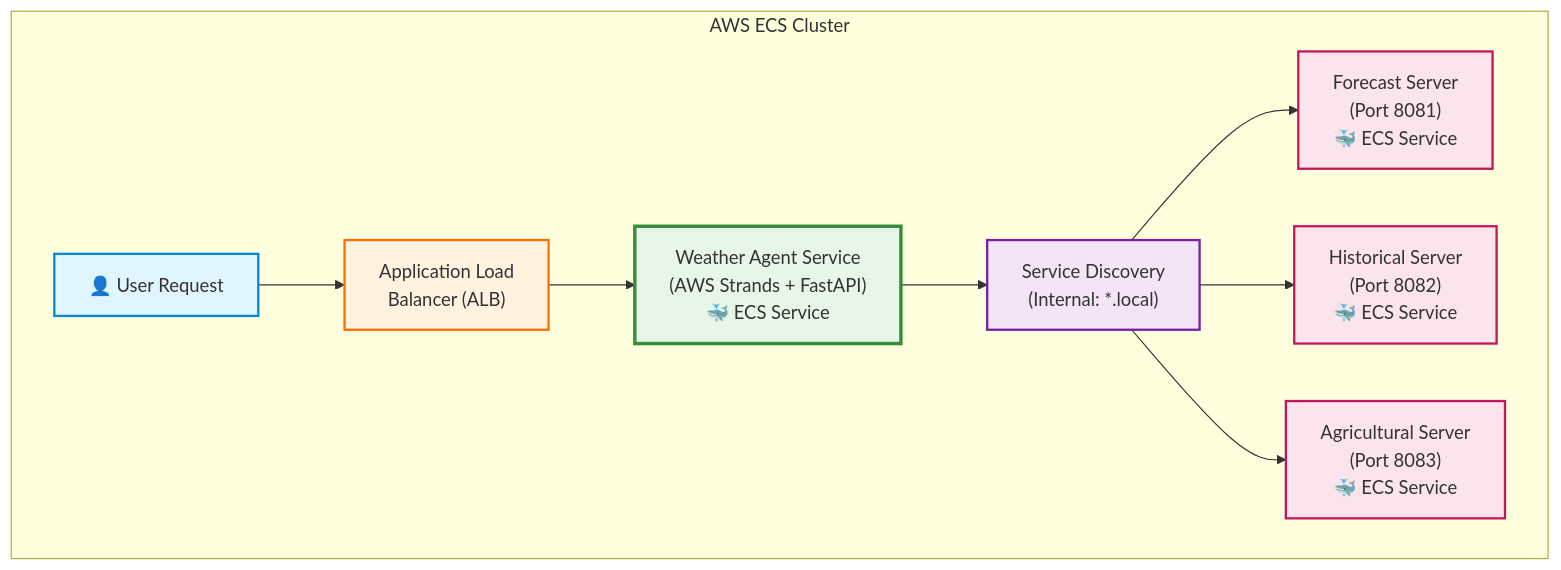
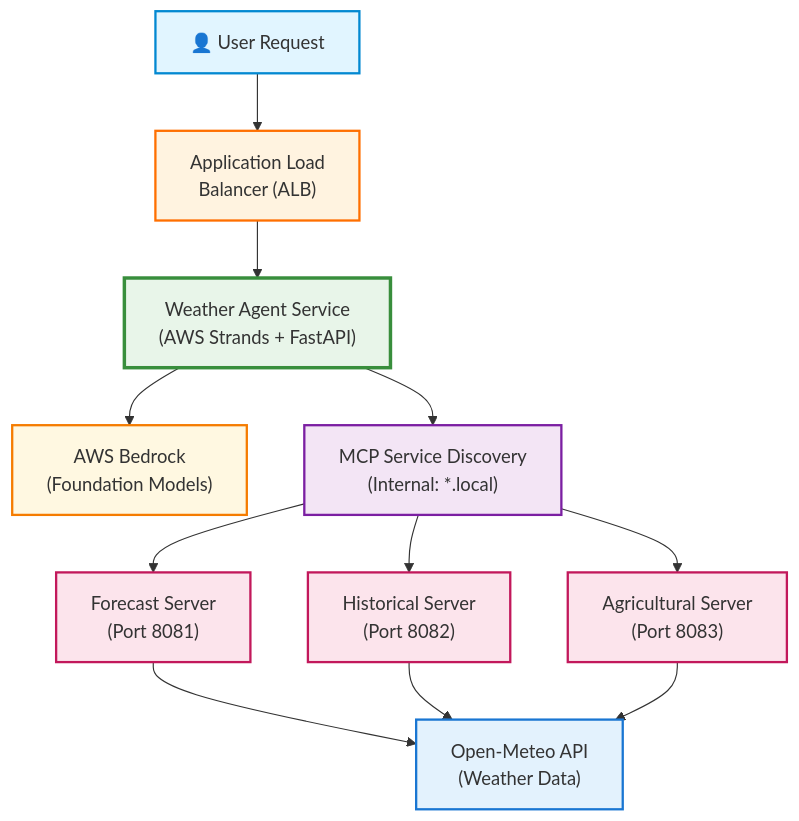
The diagram in strands-weather-agent/README.md (retroryan/aws-ai-ecs), drawn with Mermaid before and after one commit. The commit also changed other lines of this file and 1 other file, not shown here.

````diff
--- a/strands-weather-agent/README.md
+++ b/strands-weather-agent/README.md
@@ -200,22 +200,27 @@
 ```mermaid
 graph TB
-    subgraph "AWS ECS Cluster"
-        User["👤 User Request"] --> ALB["Application Load<br/>Balancer (ALB)"]
-        
-        ALB --> WA["Weather Agent Service<br/>(AWS Strands + FastAPI)<br/>🐳 ECS Service"]
-        
-        WA --> SD["Service Discovery<br/>(Internal: *.local)"]
-        
-        SD --> FS["Forecast Server<br/>(Port 8081)<br/>🐳 ECS Service"]
-        SD --> HS["Historical Server<br/>(Port 8082)<br/>🐳 ECS Service"]
-        SD --> AS["Agricultural Server<br/>(Port 8083)<br/>🐳 ECS Service"]
-    end
+    User["👤 User Request"] --> ALB["Application Load<br/>Balancer (ALB)"]
+    
+    ALB --> WA["Weather Agent Service<br/>(AWS Strands + FastAPI)"]
+    
+    WA --> Bedrock["AWS Bedrock<br/>(Foundation Models)"]
+    WA --> SD["MCP Service Discovery<br/>(Internal: *.local)"]
+    
+    SD --> FS["Forecast Server<br/>(Port 8081)"]
+    SD --> HS["Historical Server<br/>(Port 8082)"]
+    SD --> AS["Agricultural Server<br/>(Port 8083)"]
+    
+    FS --> OM["Open-Meteo API<br/>(Weather Data)"]
+    HS --> OM
+    AS --> OM
     
     style User fill:#e1f5ff,stroke:#0288d1,stroke-width:2px
     style ALB fill:#fff3e0,stroke:#ff6f00,stroke-width:2px
     style WA fill:#e8f5e9,stroke:#388e3c,stroke-width:3px
     style SD fill:#f3e5f5,stroke:#7b1fa2,stroke-width:2px
     style FS fill:#fce4ec,stroke:#c2185b,stroke-width:2px
     style HS fill:#fce4ec,stroke:#c2185b,stroke-width:2px
     style AS fill:#fce4ec,stroke:#c2185b,stroke-width:2px
+    style Bedrock fill:#fff8e1,stroke:#f57c00,stroke-width:2px
+    style OM fill:#e3f2fd,stroke:#1976d2,stroke-width:2px
 ```
````
